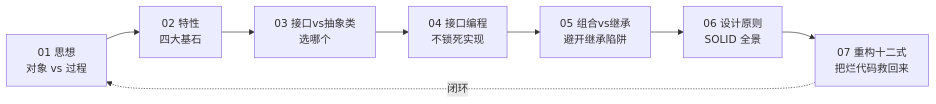
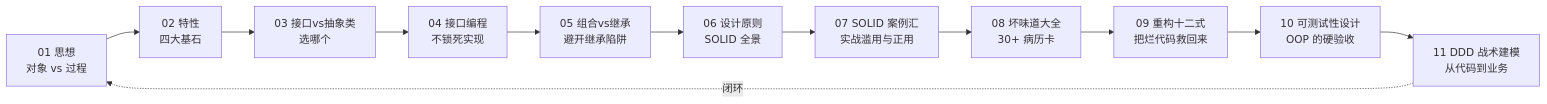
One commit to chongyang211/YCBookBlog changed the first of 3 diagrams in 00.通用技术的提升/05.面向对象设计/README.md. Above: the diagram before and after it, drawn with Mermaid. The commit also changed other lines of this file and 6 other files, not shown here.

````diff
--- a/00.通用技术的提升/05.面向对象设计/README.md
+++ b/00.通用技术的提升/05.面向对象设计/README.md
@@ -7,10 +24,14 @@
 ```mermaid
 flowchart LR
     一[01 思想<br/>对象 vs 过程] --> 二[02 特性<br/>四大基石]
     二 --> 三[03 接口vs抽象类<br/>选哪个]
     三 --> 四[04 接口编程<br/>不锁死实现]
     四 --> 五[05 组合vs继承<br/>避开继承陷阱]
     五 --> 六[06 设计原则<br/>SOLID 全景]
-    六 --> 七[07 重构十二式<br/>把烂代码救回来]
-    七 -.闭环.-> 一
+    六 --> 七[07 SOLID 案例汇<br/>实战滥用与正用]
+    七 --> 八[08 坏味道大全<br/>30+ 病历卡]
+    八 --> 九[09 重构十二式<br/>把烂代码救回来]
+    九 --> 十[10 可测试性设计<br/>OOP 的硬验收]
+    十 --> 十一[11 DDD 战术建模<br/>从代码到业务]
+    十一 -.闭环.-> 一
 ```
````
